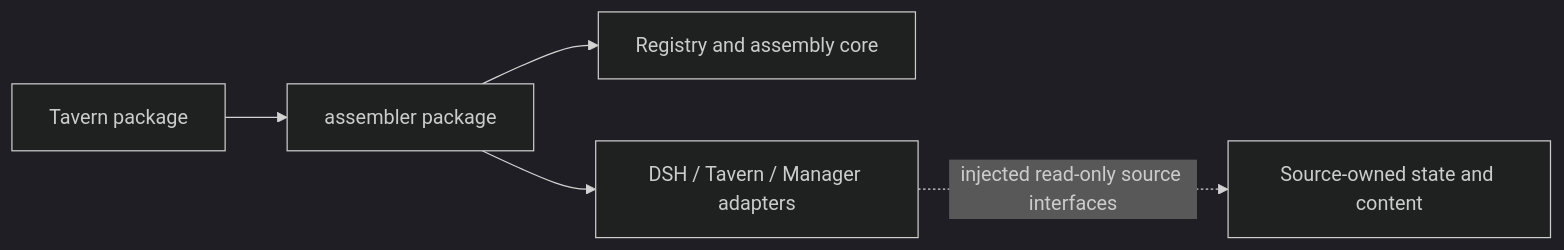
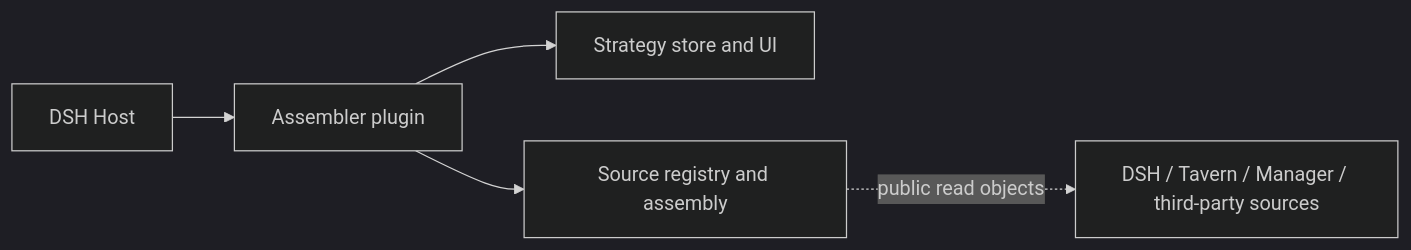
The diagram in README_en.md (Player-MINEPIG/dsh-prompt-assembler), drawn with Mermaid (dark theme) before and after one commit. The commit also changed other lines of this file and 9 other files, not shown here.

Commit message:
docs: document standalone assembler 0.2.0 plugin

````diff
--- a/README_en.md
+++ b/README_en.md
@@ -23,7 +23,7 @@
 ```mermaid
 flowchart LR
-  Tavern[Tavern package] --> Assembler[assembler package]
-  Assembler --> Core[Registry and assembly core]
-  Assembler --> Adapters[DSH / Tavern / Manager adapters]
-  Adapters -.injected read-only source interfaces.-> Sources[Source-owned state and content]
+  Host[DSH Host] --> Plugin[Assembler plugin]
+  Plugin --> Store[Strategy store and UI]
+  Plugin --> Registry[Source registry and assembly]
+  Registry -.public read objects.-> Sources[DSH / Tavern / Manager / third-party sources]
 ```
````
